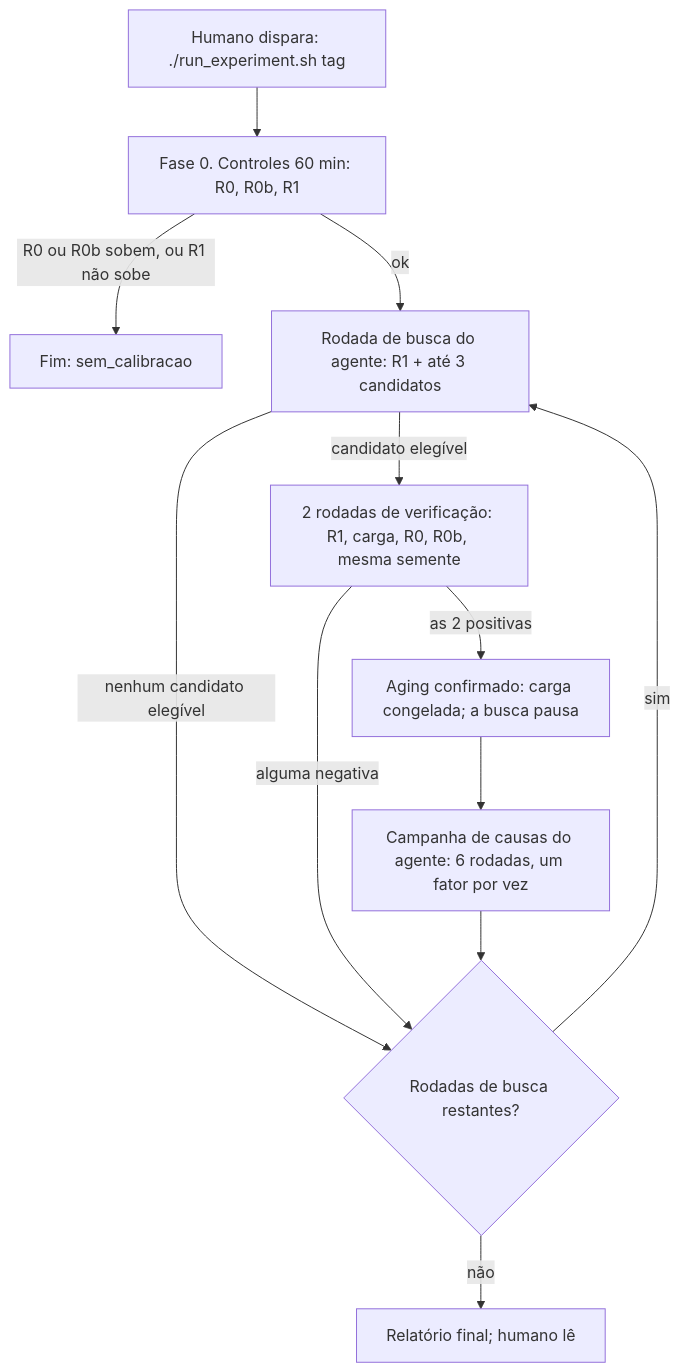
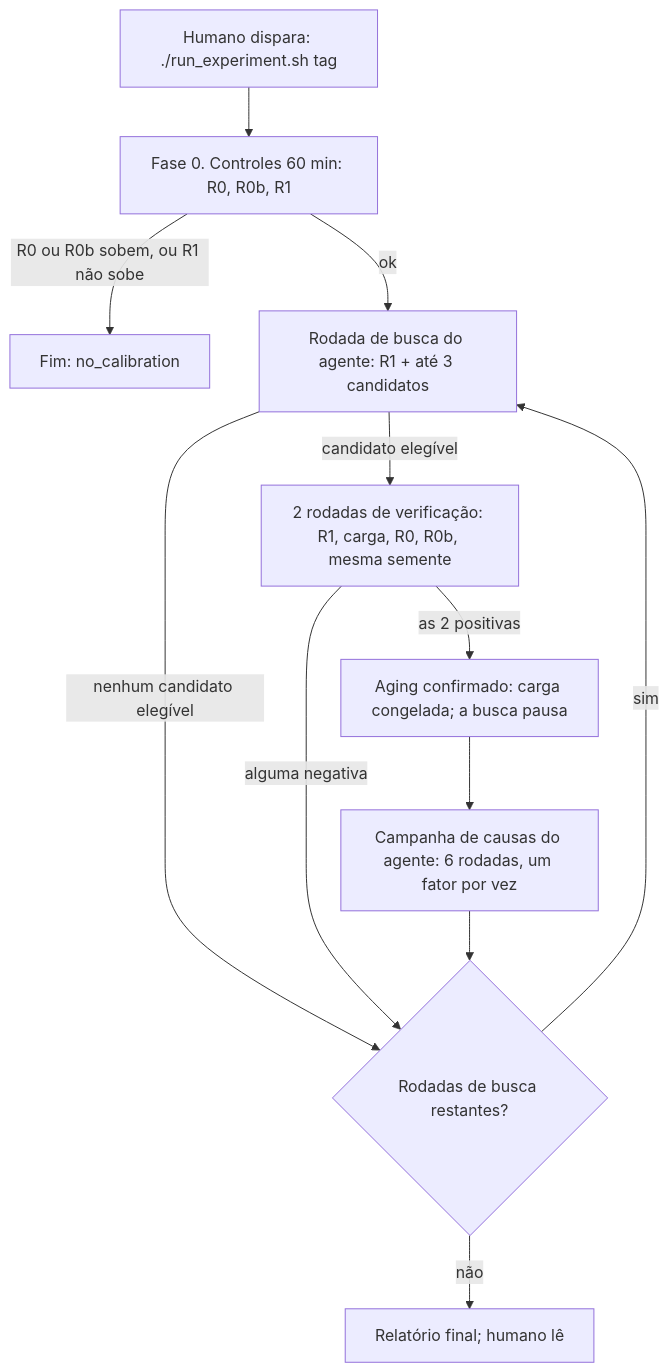
The diagram in docs/DESENHO-EXPERIMENTAL.md (karpathy/autoresearch), drawn with Mermaid before and after one commit. The commit also changed other lines of this file and 16 other files, not shown here.

````diff
--- a/docs/DESENHO-EXPERIMENTAL.md
+++ b/docs/DESENHO-EXPERIMENTAL.md
@@ -58,14 +58,14 @@
 ```mermaid
 flowchart TD
     H[Humano dispara: ./run_experiment.sh tag] --> A
-    A[Fase 0. Controles 60 min: R0, R0b, R1] -- R0 ou R0b sobem, ou R1 não sobe --> X0[Fim: sem_calibracao]
+    A[Fase 0. Controles 60 min: R0, R0b, R1] -- R0 ou R0b sobem, ou R1 não sobe --> X0[Fim: no_calibration]
     A -- ok --> B[Rodada de busca do agente: R1 + até 3 candidatos]
     B -- nenhum candidato elegível --> N{Rodadas de busca restantes?}
     B -- candidato elegível --> V[2 rodadas de verificação: R1, carga, R0, R0b, mesma semente]
     V -- alguma negativa --> N
     V -- as 2 positivas --> C[Aging confirmado: carga congelada; a busca pausa]
     C --> K[Campanha de causas do agente: 6 rodadas, um fator por vez]
     K --> N
     N -- sim --> B
     N -- não --> R[Relatório final; humano lê]
 ```
````
